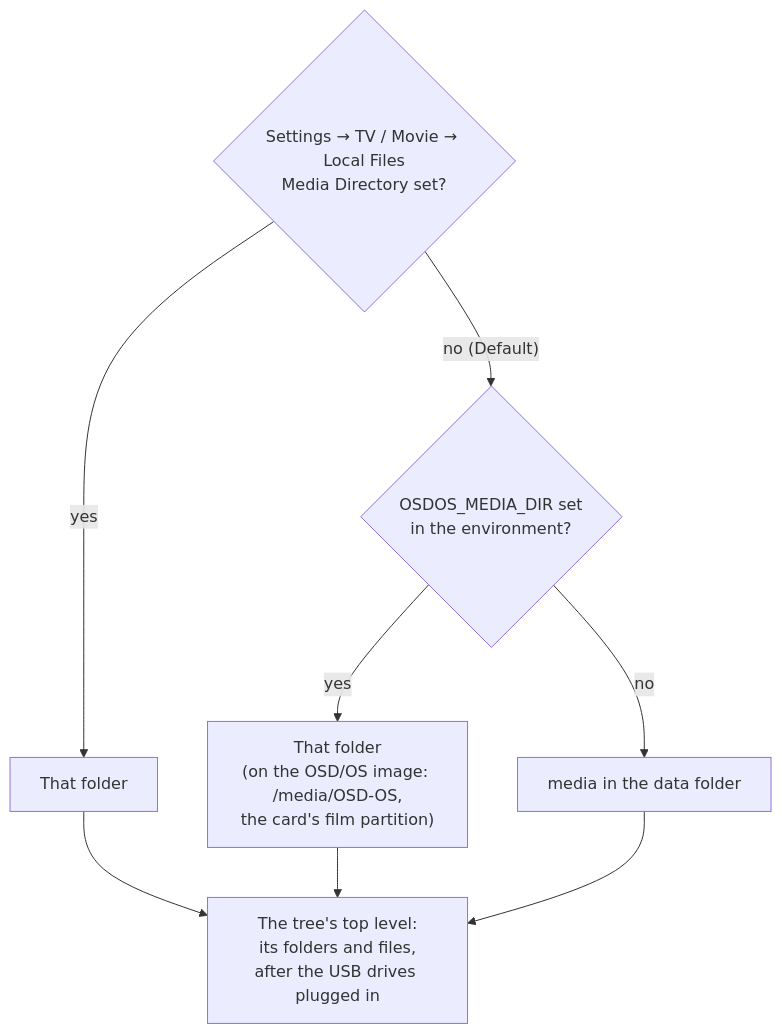
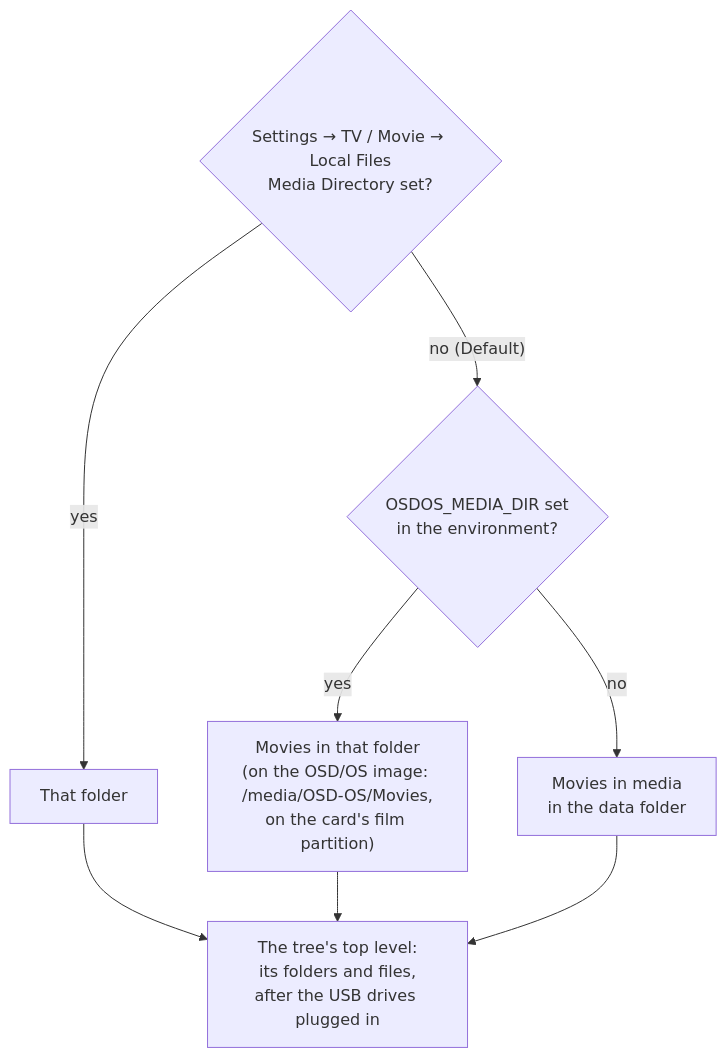
Before and after one commit to mehmetraif/OSD-OS: the diagram in docs/wiki/Local-Files.md, drawn with Mermaid. The commit also changed other lines of this file and 24 other files, not shown here.

````diff
--- a/docs/wiki/Local-Files.md
+++ b/docs/wiki/Local-Files.md
@@ -27,10 +27,10 @@
 ```mermaid
 flowchart TD
     A{"Settings → TV / Movie → Local Files<br>Media Directory set?"} -- yes --> B["That folder"]
     A -- "no (Default)" --> C{"OSDOS_MEDIA_DIR set<br>in the environment?"}
-    C -- yes --> D["That folder<br>(on the OSD/OS image: /media/OSD-OS,<br>the card's film partition)"]
-    C -- no --> E["media in the data folder"]
+    C -- yes --> D["Movies in that folder<br>(on the OSD/OS image: /media/OSD-OS/Movies,<br>on the card's film partition)"]
+    C -- no --> E["Movies in media<br>in the data folder"]
     B --> F["The tree's top level:<br>its folders and files,<br>after the USB drives plugged in"]
     D --> F
     E --> F
 ```
````
